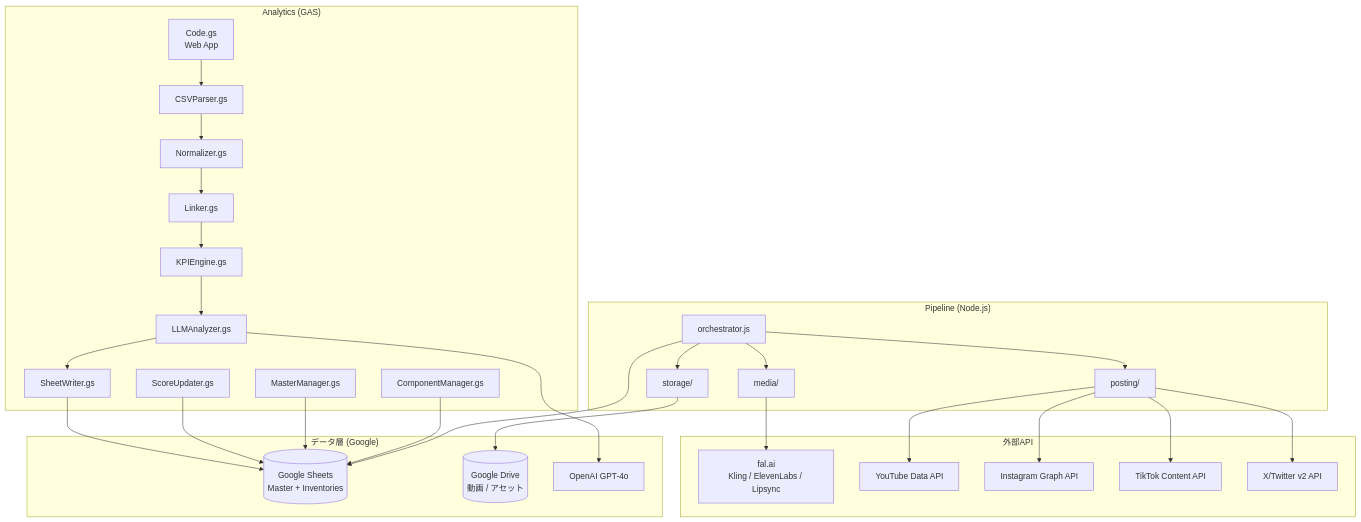
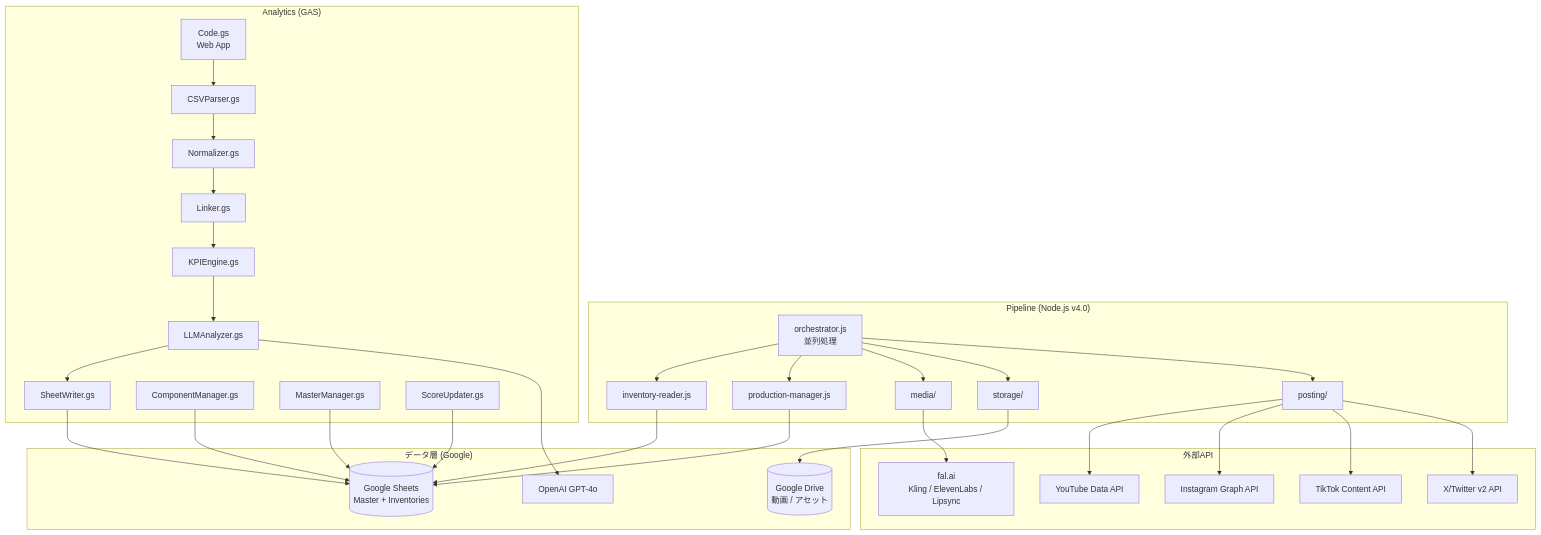
One commit to Ceed-dev/ai-influencer changed the first of 2 diagrams in ARCHITECTURE.md. Above: the diagram before and after it, drawn with Mermaid. The commit also changed other lines of this file and 12 other files, not shown here.

First line of the commit message:
v4.0: Parallel pipeline rebuild — inventory-driven, production tab, E2E verified

````diff
--- a/ARCHITECTURE.md
+++ b/ARCHITECTURE.md
@@ -10,55 +10,60 @@
 ```mermaid
 graph TB
-    subgraph Pipeline["Pipeline (Node.js)"]
-        ORC[orchestrator.js]
+    subgraph Pipeline["Pipeline (Node.js v4.0)"]
+        ORC[orchestrator.js<br/>並列処理]
+        INV[inventory-reader.js]
+        PROD[production-manager.js]
         MEDIA[media/]
         STORE[storage/]
         POST[posting/]
     end
 
     subgraph External["外部API"]
         FAL[fal.ai<br/>Kling / ElevenLabs / Lipsync]
         YT_API[YouTube Data API]
         IG_API[Instagram Graph API]
         TT_API[TikTok Content API]
         X_API[X/Twitter v2 API]
     end
 
     subgraph Analytics["Analytics (GAS)"]
         CODE[Code.gs<br/>Web App]
         CSV[CSVParser.gs]
         NORM[Normalizer.gs]
         LINK[Linker.gs]
         KPI[KPIEngine.gs]
         LLM[LLMAnalyzer.gs]
         SW[SheetWriter.gs]
         CM[ComponentManager.gs]
         MM[MasterManager.gs]
         SU[ScoreUpdater.gs]
     end
 
     subgraph Data["データ層 (Google)"]
         SHEETS[(Google Sheets<br/>Master + Inventories)]
         DRIVE[(Google Drive<br/>動画 / アセット)]
         OPENAI[OpenAI GPT-4o]
     end
 
+    ORC --> INV
+    ORC --> PROD
     ORC --> MEDIA
     ORC --> STORE
     ORC --> POST
+    INV --> SHEETS
+    PROD --> SHEETS
     MEDIA --> FAL
     STORE --> DRIVE
     POST --> YT_API
     POST --> IG_API
     POST --> TT_API
     POST --> X_API
-    ORC --> SHEETS
 
     CODE --> CSV --> NORM --> LINK
     LINK --> KPI --> LLM --> SW
     LLM --> OPENAI
     CM --> SHEETS
     MM --> SHEETS
     SU --> SHEETS
     SW --> SHEETS
 ```
````
